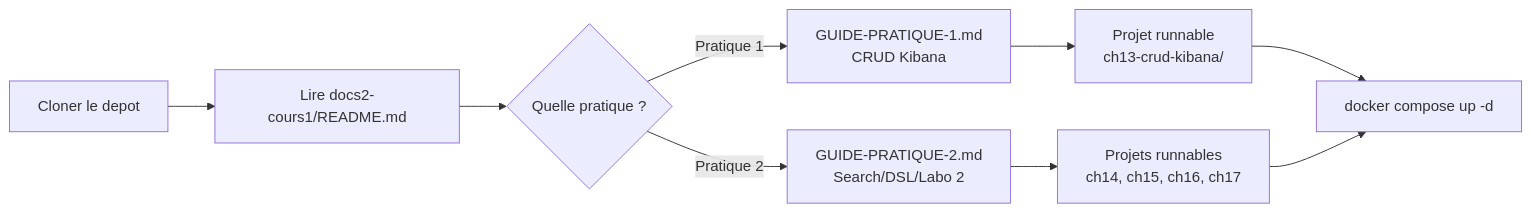
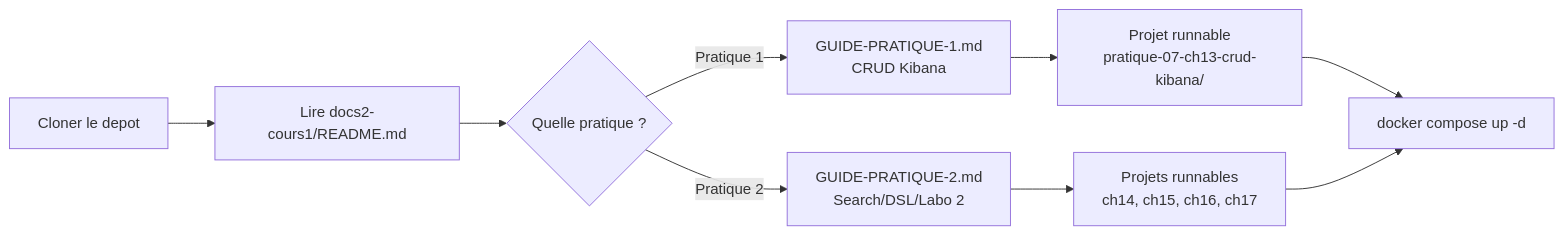
The diagram in README.md (haythem-rehouma/Elastic-Search-0), drawn with Mermaid before and after one commit. The commit also changed other lines of this file and 133 other files, not shown here.

````diff
--- a/README.md
+++ b/README.md
@@ -30,11 +30,11 @@
 ```mermaid
 flowchart LR
     A[Cloner le depot] --> B[Lire docs2-cours1/README.md]
     B --> C{Quelle pratique ?}
     C -->|Pratique 1| D[GUIDE-PRATIQUE-1.md<br/>CRUD Kibana]
     C -->|Pratique 2| E[GUIDE-PRATIQUE-2.md<br/>Search/DSL/Labo 2]
-    D --> F[Projet runnable<br/>ch13-crud-kibana/]
+    D --> F[Projet runnable<br/>pratique-07-ch13-crud-kibana/]
     E --> G[Projets runnables<br/>ch14, ch15, ch16, ch17]
     F --> H[docker compose up -d]
     G --> H
 ```
````
